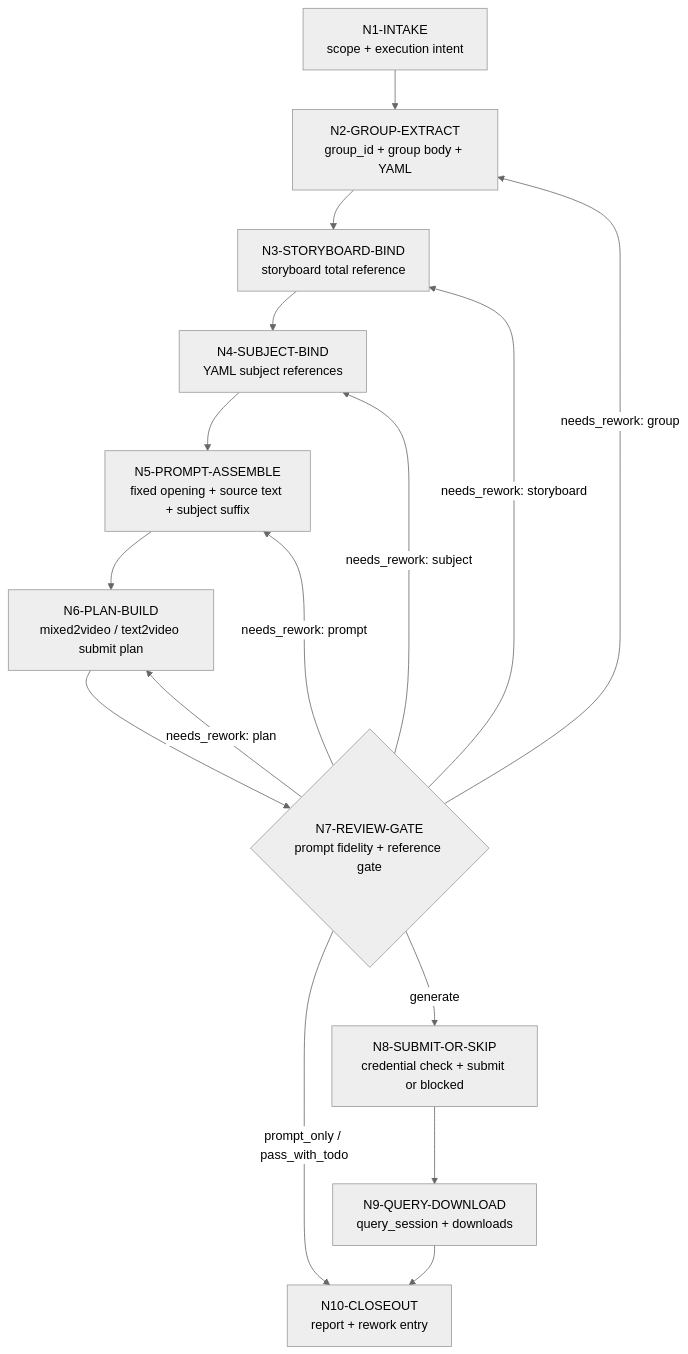
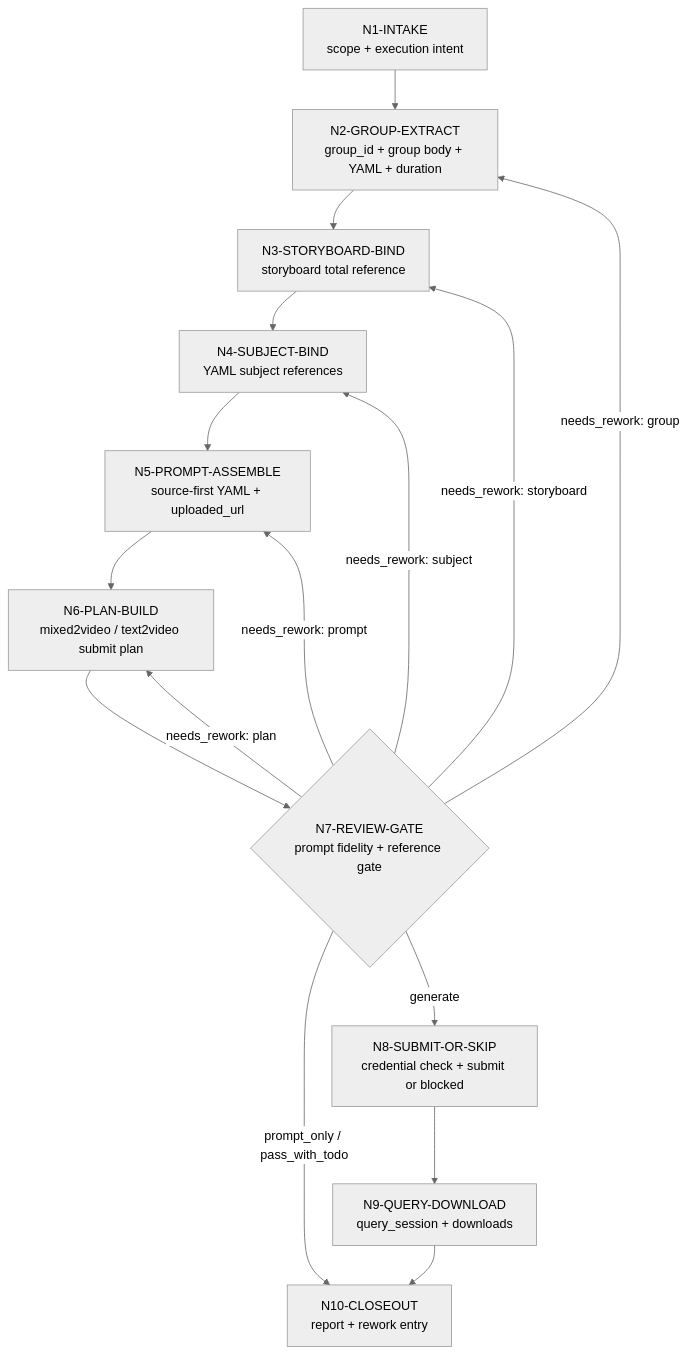
One commit to ZEN-VOID/AI-CUT changed the diagram in .agents/skills/aigc/7-视频/D-主板混合参照/steps/hybrid-reference-video-workflow.md. Above: the diagram before and after it, drawn with Mermaid (neutral theme). The commit also changed other lines of this file and 129 other files, not shown here.

````diff
--- a/.agents/skills/aigc/7-视频/D-主板混合参照/steps/hybrid-reference-video-workflow.md
+++ b/.agents/skills/aigc/7-视频/D-主板混合参照/steps/hybrid-reference-video-workflow.md
@@ -22,18 +22,18 @@
 ```mermaid
 flowchart TD
-    N1["N1-INTAKE<br/>scope + execution intent"] --> N2["N2-GROUP-EXTRACT<br/>group_id + group body + YAML"]
+    N1["N1-INTAKE<br/>scope + execution intent"] --> N2["N2-GROUP-EXTRACT<br/>group_id + group body + YAML + duration"]
     N2 --> N3["N3-STORYBOARD-BIND<br/>storyboard total reference"]
     N3 --> N4["N4-SUBJECT-BIND<br/>YAML subject references"]
-    N4 --> N5["N5-PROMPT-ASSEMBLE<br/>fixed opening + source text + subject suffix"]
+    N4 --> N5["N5-PROMPT-ASSEMBLE<br/>source-first YAML + uploaded_url"]
     N5 --> N6["N6-PLAN-BUILD<br/>mixed2video / text2video submit plan"]
     N6 --> N7{"N7-REVIEW-GATE<br/>prompt fidelity + reference gate"}
     N7 -->|"prompt_only / pass_with_todo"| N10["N10-CLOSEOUT<br/>report + rework entry"]
     N7 -->|"generate"| N8["N8-SUBMIT-OR-SKIP<br/>credential check + submit or blocked"]
     N8 --> N9["N9-QUERY-DOWNLOAD<br/>query_session + downloads"]
     N9 --> N10
     N7 -->|"needs_rework: group"| N2
     N7 -->|"needs_rework: storyboard"| N3
     N7 -->|"needs_rework: subject"| N4
     N7 -->|"needs_rework: prompt"| N5
     N7 -->|"needs_rework: plan"| N6
 ```
````
